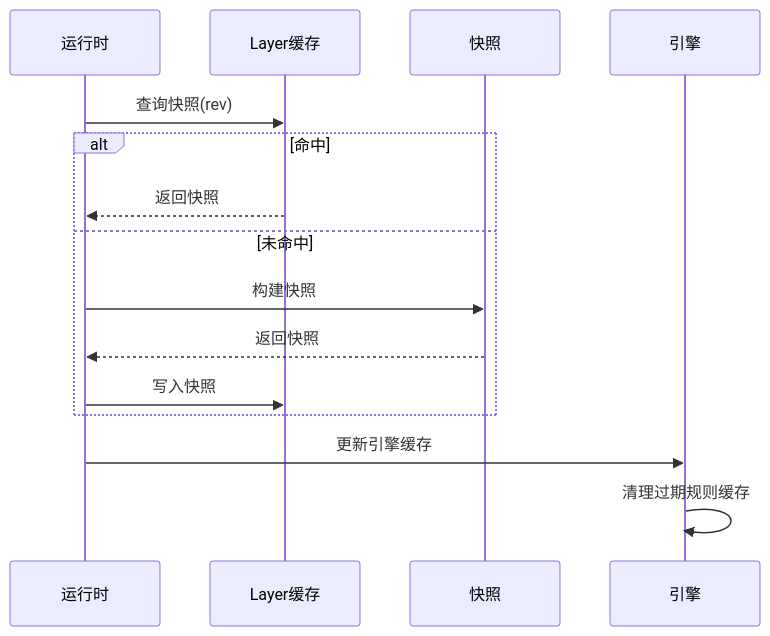
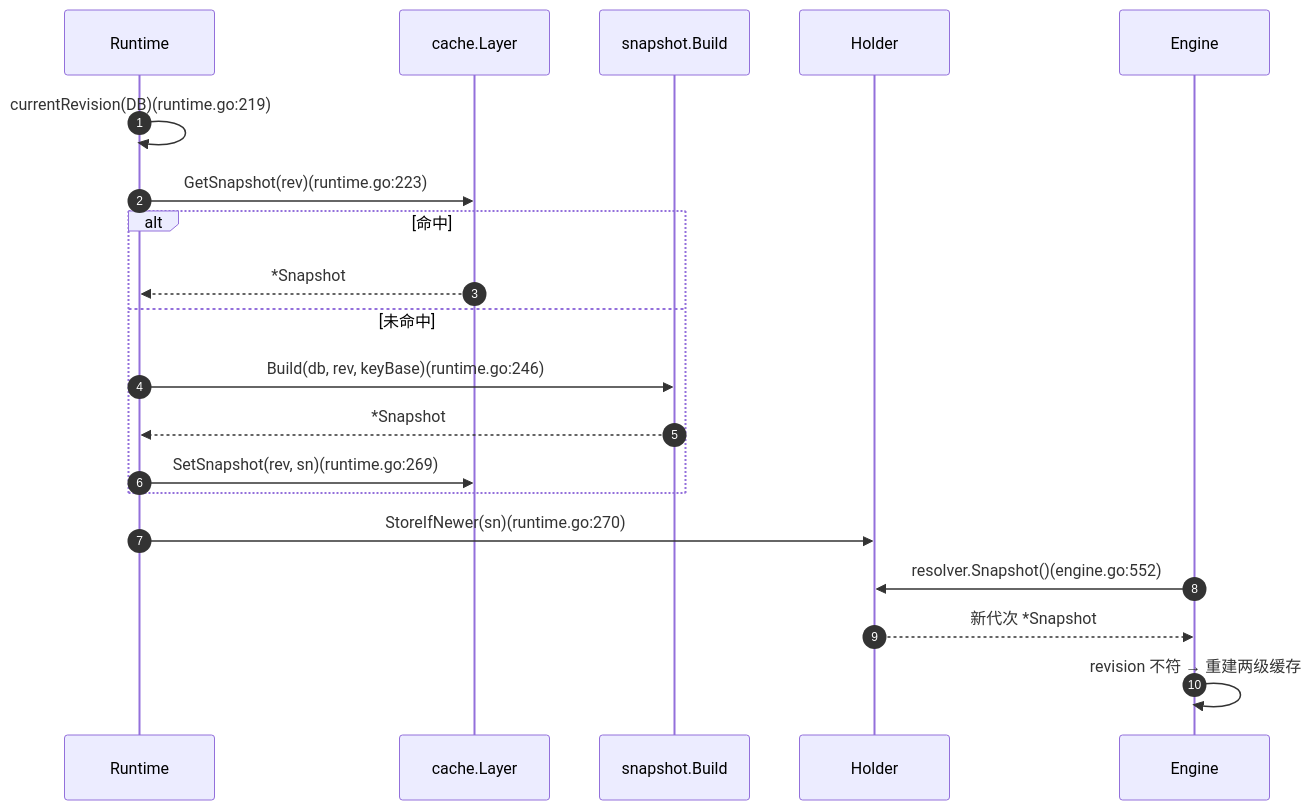
One commit to x01n/My-OpenWaf changed the sixth of 7 diagrams in docs/WAF 引擎系统/引擎核心架构/规则编译缓存.md. Above: the diagram before and after it, drawn with Mermaid. The commit also changed other lines of this file and 622 other files, not shown here.

````diff
--- a/docs/WAF 引擎系统/引擎核心架构/规则编译缓存.md
+++ b/docs/WAF 引擎系统/引擎核心架构/规则编译缓存.md
@@ -232,17 +415,22 @@
 ```mermaid
 sequenceDiagram
-participant Runtime as 运行时
-participant Layer as Layer缓存
-participant Snapshot as 快照
-participant Engine as 引擎
-Runtime->>Layer : 查询快照(rev)
+autonumber
+participant RT as Runtime
+participant LC as cache.Layer
+participant BD as snapshot.Build
+participant HD as Holder
+participant EG as Engine
+RT->>RT : currentRevision(DB)(runtime.go:219)
+RT->>LC : GetSnapshot(rev)(runtime.go:223)
 alt 命中
-Layer-->>Runtime : 返回快照
+LC-->>RT : *Snapshot
 else 未命中
-Runtime->>Snapshot : 构建快照
-Snapshot-->>Runtime : 返回快照
-Runtime->>Layer : 写入快照
+RT->>BD : Build(db, rev, keyBase)(runtime.go:246)
+BD-->>RT : *Snapshot
+RT->>LC : SetSnapshot(rev, sn)(runtime.go:269)
 end
-Runtime->>Engine : 更新引擎缓存
-Engine->>Engine : 清理过期规则缓存
+RT->>HD : StoreIfNewer(sn)(runtime.go:270)
+EG->>HD : resolver.Snapshot()(engine.go:552)
+HD-->>EG : 新代次 *Snapshot
+EG->>EG : revision 不符 → 重建两级缓存
 ```
````
